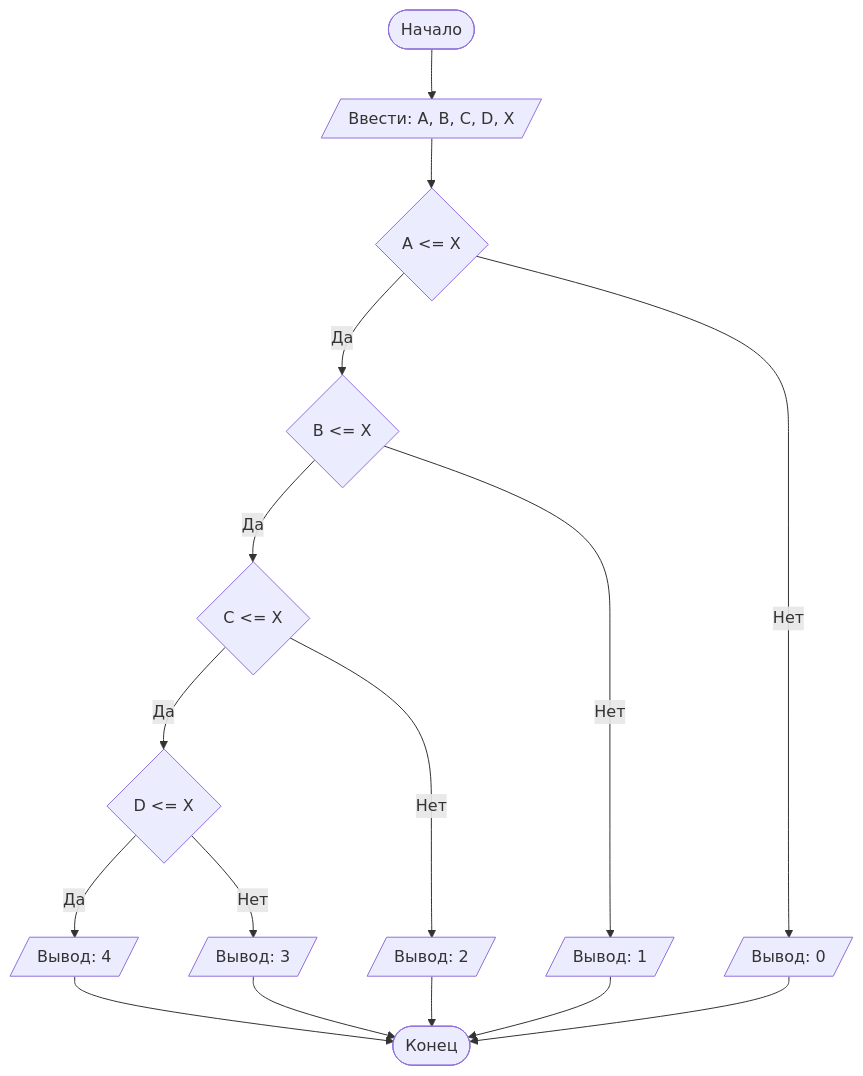
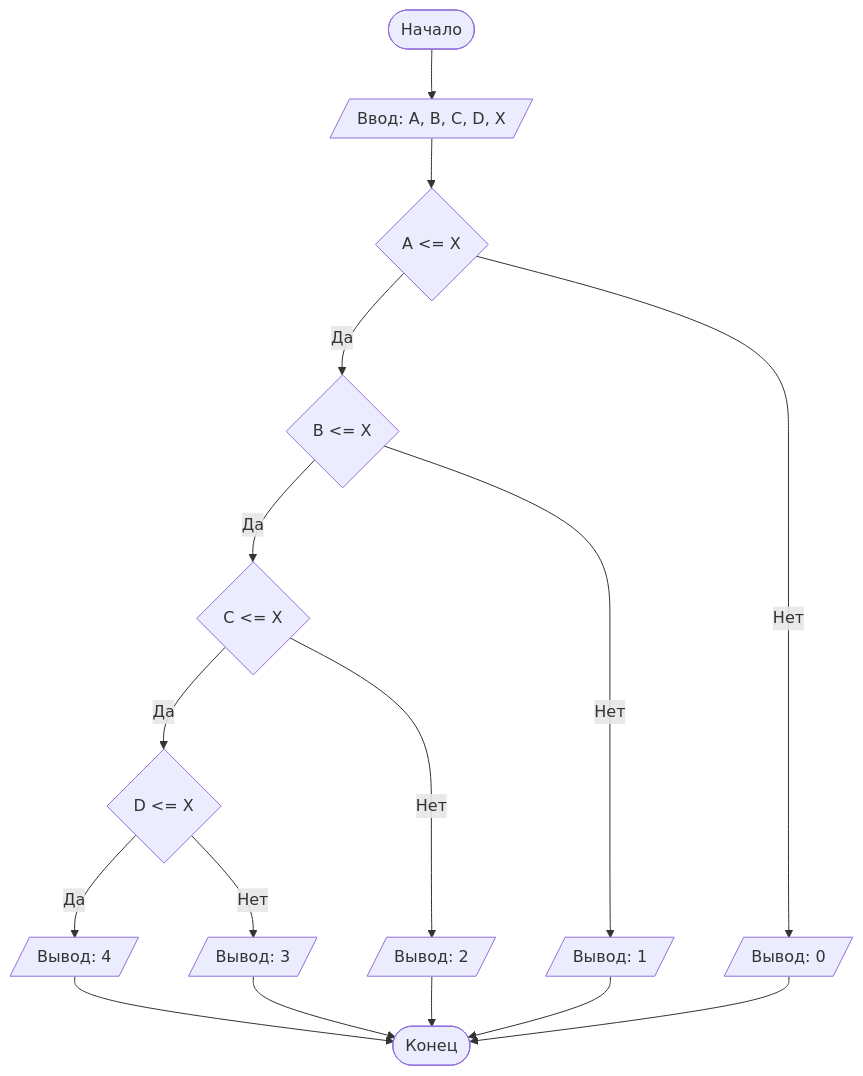
The diagram in README.md (vp080607/Lab1), drawn with Mermaid before and after one commit.

Commit message:
README.md

````diff
--- a/README.md
+++ b/README.md
@@ -72,19 +72,19 @@
 ```mermaid
 graph TD
-    A([Начало]) --> B[/Ввести: A, B, C, D, X/]
+    A([Начало]) --> B[/Ввод: A, B, C, D, X/]
     B --> C{A <= X}
     C -- Да --> D{B <= X}
     D -- Да --> E{C <= X}
     E -- Да --> H{D <= X}
     H -- Да --> O[/Вывод: 4/]
     C -- Нет --> I[/Вывод: 0/]
     D -- Нет --> K[/Вывод: 1/]
     E -- Нет --> S[/Вывод: 2/]
     H -- Нет --> M[/Вывод: 3/]
     O --> Z
     I --> Z
     K --> Z
     S --> Z
     M --> Z([Конец])
 
 ```
````
